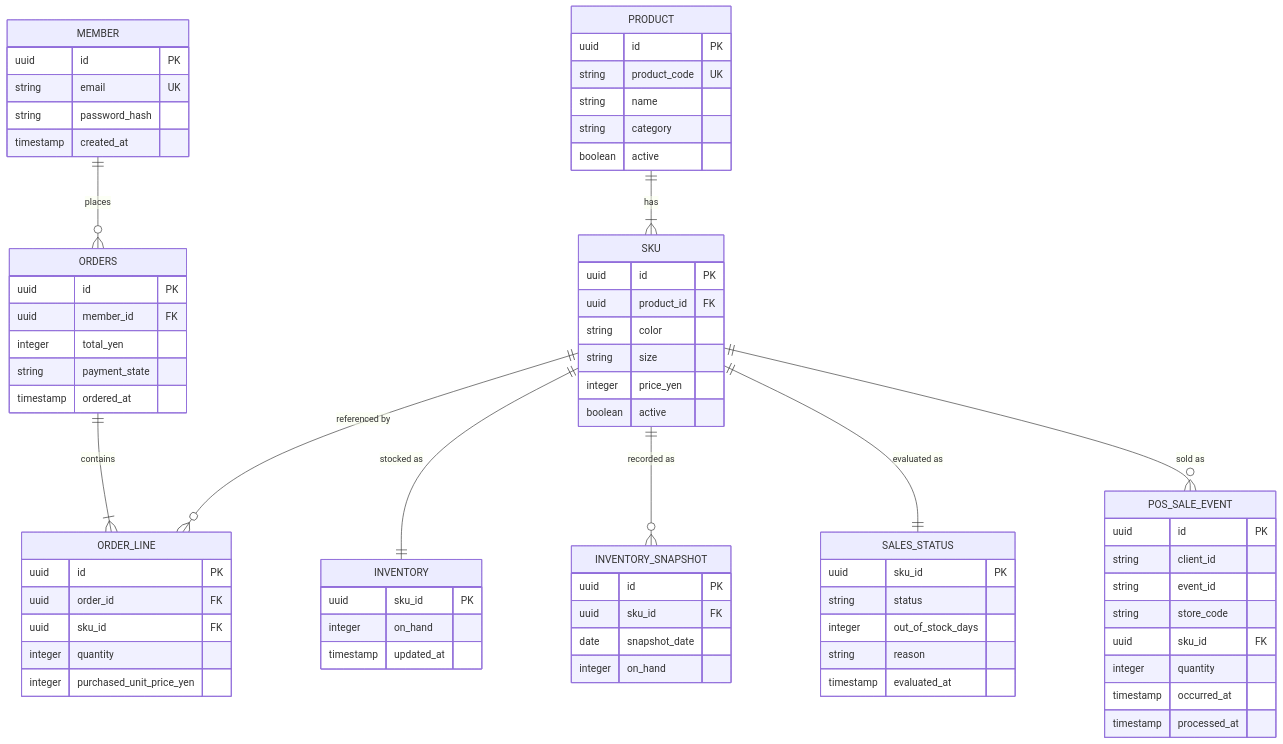
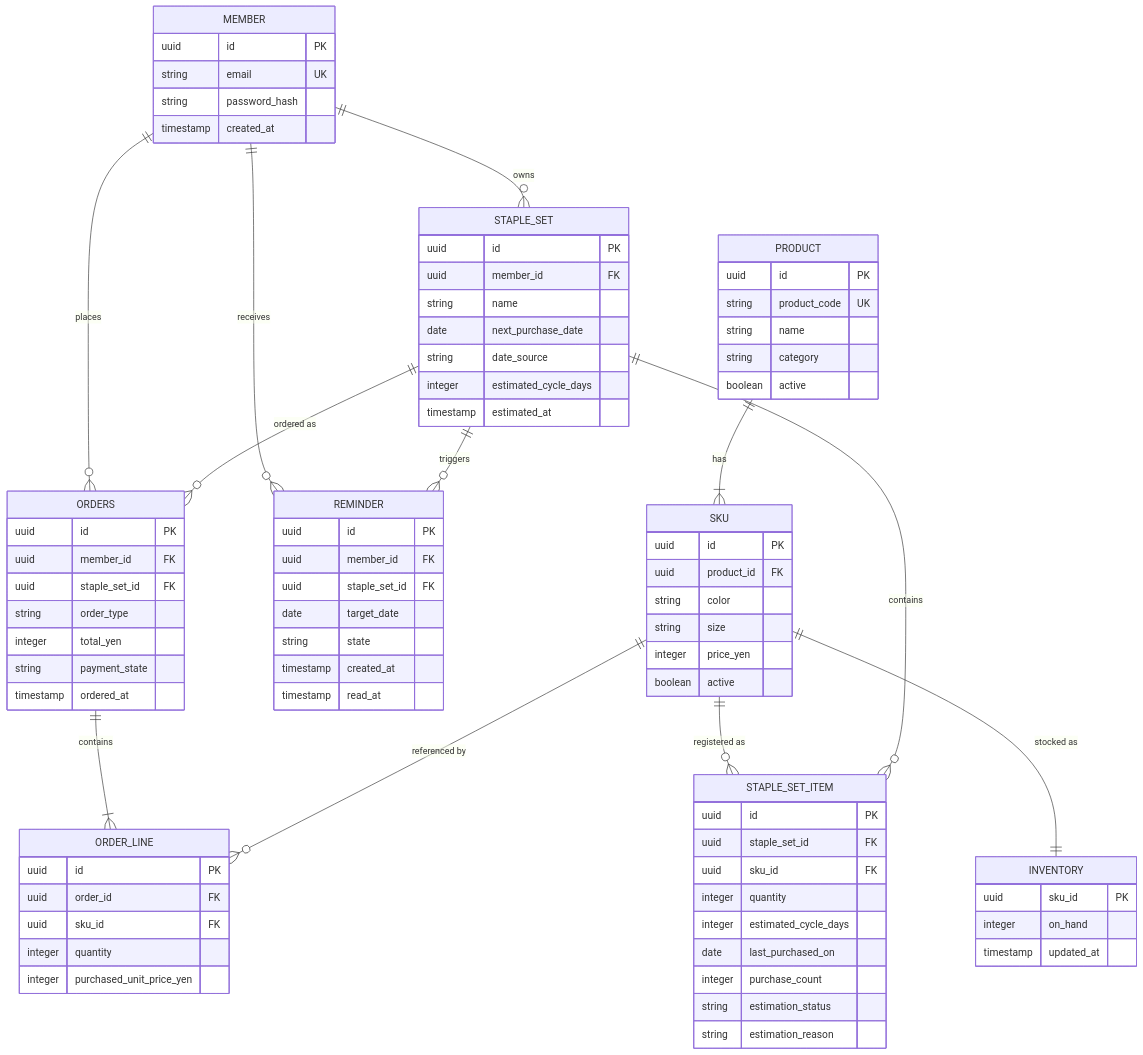
The eighth of 11 diagrams in 設計仕様書.md (Nagaoka122/tech0-lv3-ec), drawn with Mermaid before and after one commit. The commit also changed other lines of this file and 3 other files, not shown here.

````diff
--- a/設計仕様書.md
+++ b/設計仕様書.md
@@ -347,13 +394,16 @@
 ```mermaid
 erDiagram
     MEMBER ||--o{ ORDERS : places
+    MEMBER ||--o{ STAPLE_SET : owns
+    MEMBER ||--o{ REMINDER : receives
     ORDERS ||--|{ ORDER_LINE : contains
     PRODUCT ||--|{ SKU : has
     SKU ||--o{ ORDER_LINE : "referenced by"
     SKU ||--|| INVENTORY : "stocked as"
-    SKU ||--o{ INVENTORY_SNAPSHOT : "recorded as"
-    SKU ||--|| SALES_STATUS : "evaluated as"
-    SKU ||--o{ POS_SALE_EVENT : "sold as"
+    SKU ||--o{ STAPLE_SET_ITEM : "registered as"
+    STAPLE_SET ||--o{ STAPLE_SET_ITEM : contains
+    STAPLE_SET ||--o{ REMINDER : triggers
+    STAPLE_SET ||--o{ ORDERS : "ordered as"
 
     MEMBER {
         uuid id PK
@@ -381,22 +431,11 @@
         integer on_hand
         timestamp updated_at
     }
-    INVENTORY_SNAPSHOT {
-        uuid id PK
-        uuid sku_id FK
-        date snapshot_date
-        integer on_hand
-    }
-    SALES_STATUS {
-        uuid sku_id PK
-        string status
-        integer out_of_stock_days
-        string reason
-        timestamp evaluated_at
-    }
     ORDERS {
         uuid id PK
         uuid member_id FK
+        uuid staple_set_id FK
+        string order_type
         integer total_yen
         string payment_state
         timestamp ordered_at
@@ -408,14 +447,33 @@
         integer quantity
         integer purchased_unit_price_yen
     }
-    POS_SALE_EVENT {
+    STAPLE_SET {
         uuid id PK
-        string client_id
-        string event_id
-        string store_code
+        uuid member_id FK
+        string name
+        date next_purchase_date
+        string date_source
+        integer estimated_cycle_days
+        timestamp estimated_at
+    }
+    STAPLE_SET_ITEM {
+        uuid id PK
+        uuid staple_set_id FK
         uuid sku_id FK
         integer quantity
-        timestamp occurred_at
-        timestamp processed_at
+        integer estimated_cycle_days
+        date last_purchased_on
+        integer purchase_count
+        string estimation_status
+        string estimation_reason
+    }
+    REMINDER {
+        uuid id PK
+        uuid member_id FK
+        uuid staple_set_id FK
+        date target_date
+        string state
+        timestamp created_at
+        timestamp read_at
     }
 ```
````
